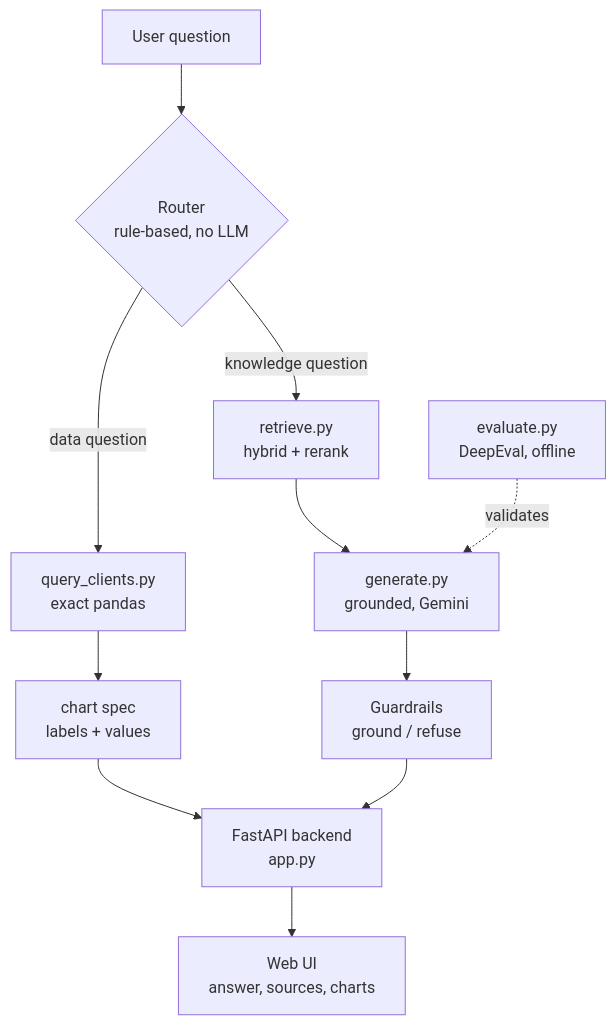
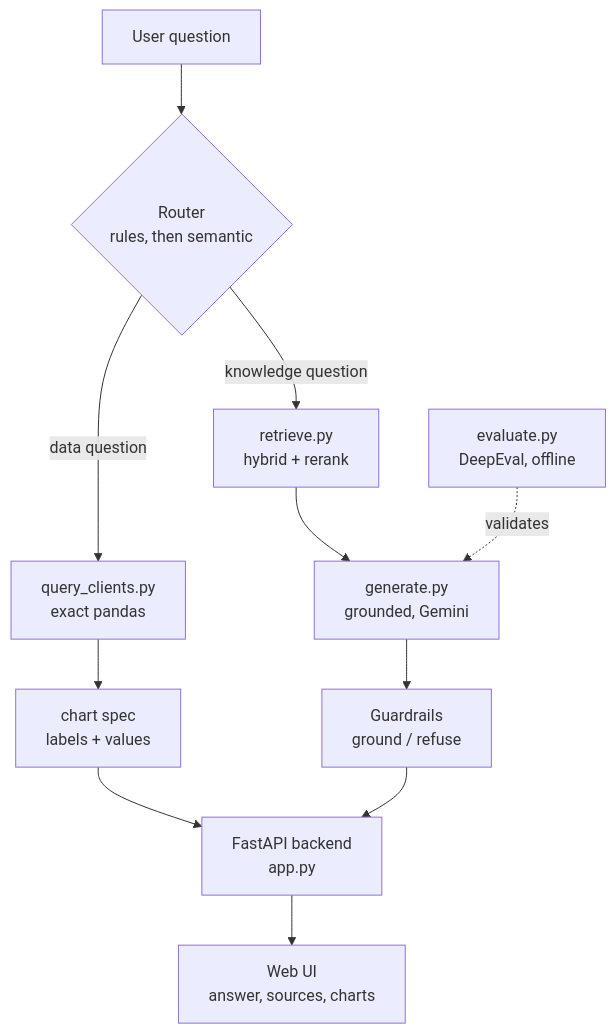
Before and after one commit to WalidGhorbel/banking-assistant: the second of 2 diagrams in README.md, drawn with Mermaid. The commit also changed other lines of this file and 5 other files, not shown here.

Commit message:
Add semantic routing, charts, structured-data assistant, and architecture README

````diff
--- a/README.md
+++ b/README.md
@@ -43,13 +43,13 @@
 ```mermaid
 flowchart TD
-    U[User question] --> R{Router<br/>rule-based, no LLM}
+    U[User question] --> R{Router<br/>rules, then semantic}
     R -->|data question| D1[query_clients.py<br/>exact pandas]
     R -->|knowledge question| G1[retrieve.py<br/>hybrid + rerank]
     D1 --> D2[chart spec<br/>labels + values]
     G1 --> G2[generate.py<br/>grounded, Gemini]
     G2 --> GD[Guardrails<br/>ground / refuse]
     D2 --> API[FastAPI backend<br/>app.py]
     GD --> API
     API --> UI[Web UI<br/>answer, sources, charts]
     EV[evaluate.py<br/>DeepEval, offline] -.validates.-> G2
 ```
````
